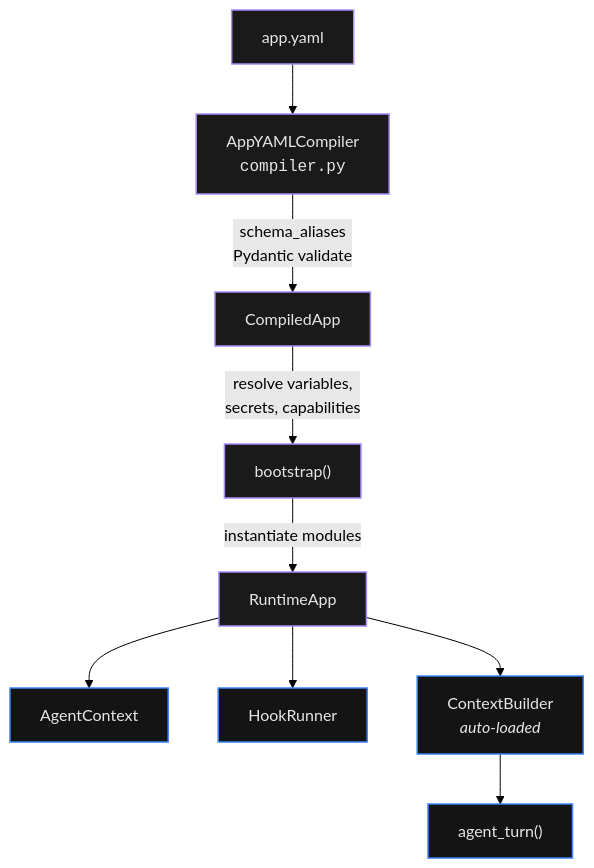
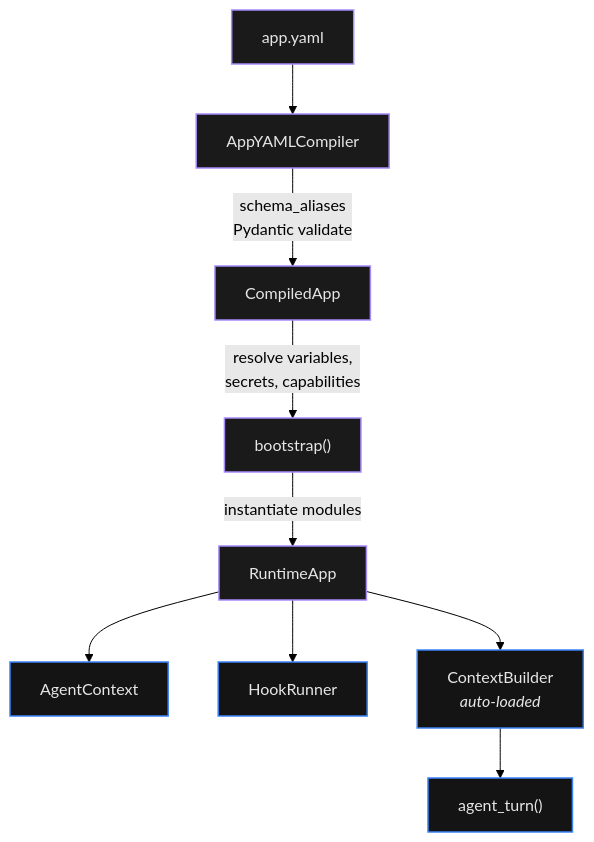
One commit to mbathe/digitorn-bridge changed the diagram in docs-site/docs/language/00-index.md. Above: the diagram before and after it, drawn with Mermaid (forest theme). The commit also changed other lines of this file and 95 other files, not shown here.

````diff
--- a/docs-site/docs/language/00-index.md
+++ b/docs-site/docs/language/00-index.md
@@ -226,15 +231,15 @@
 ```mermaid
 flowchart TD
-    yaml["app.yaml"] --> compiler["AppYAMLCompiler<br/><code>compiler.py</code>"]
+    yaml["app.yaml"] --> compiler["AppYAMLCompiler"]
     compiler -- "schema_aliases<br/>Pydantic validate" --> compiled["CompiledApp"]
     compiled -- "resolve variables,<br/>secrets, capabilities" --> bootstrap["bootstrap()"]
     bootstrap -- "instantiate modules" --> runtime["RuntimeApp"]
     runtime --> agentctx["AgentContext"]
     runtime --> hooks["HookRunner"]
     runtime --> ctxbuilder["ContextBuilder<br/><i>auto-loaded</i>"]
     ctxbuilder --> turn["agent_turn()"]
     classDef step fill:#1a1a1a,stroke:#A78BFA,stroke-width:1.5px,color:#E6E6E6;
     classDef leaf fill:#141414,stroke:#3B82F6,stroke-width:1.5px,color:#E6E6E6;
     class yaml,compiler,compiled,bootstrap,runtime step;
     class agentctx,hooks,ctxbuilder,turn leaf;
 ```
````
